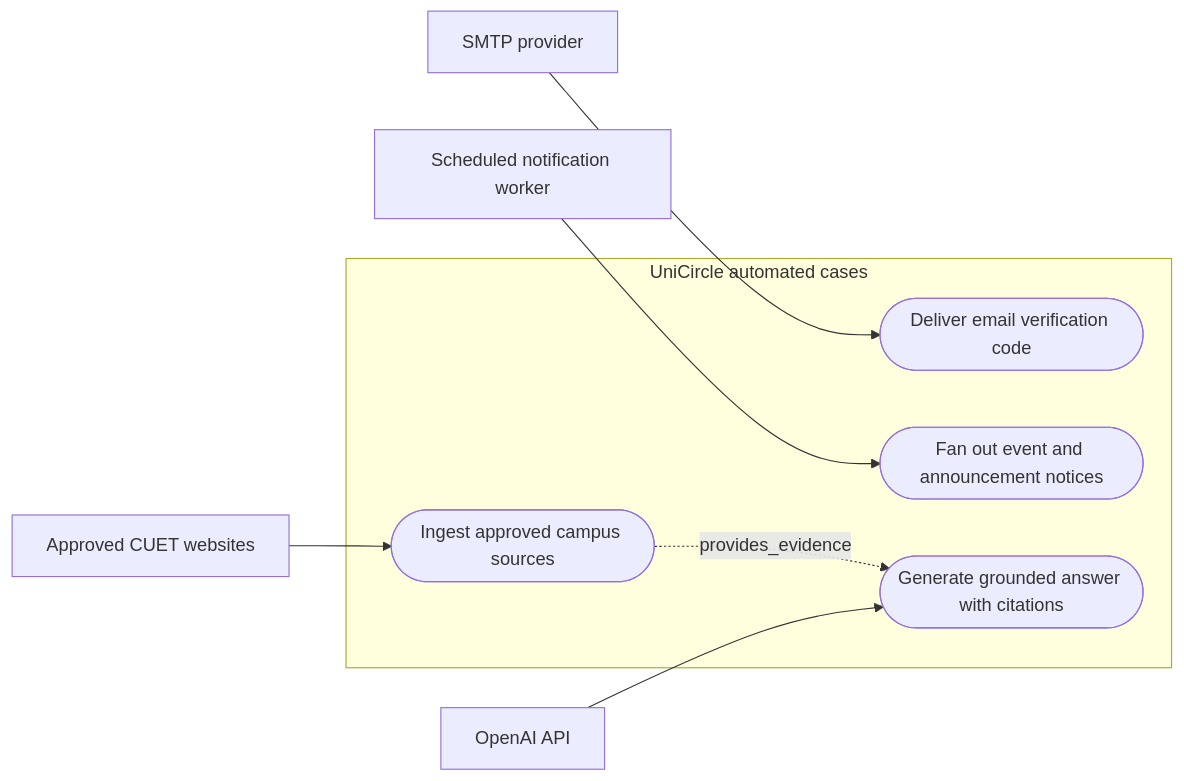
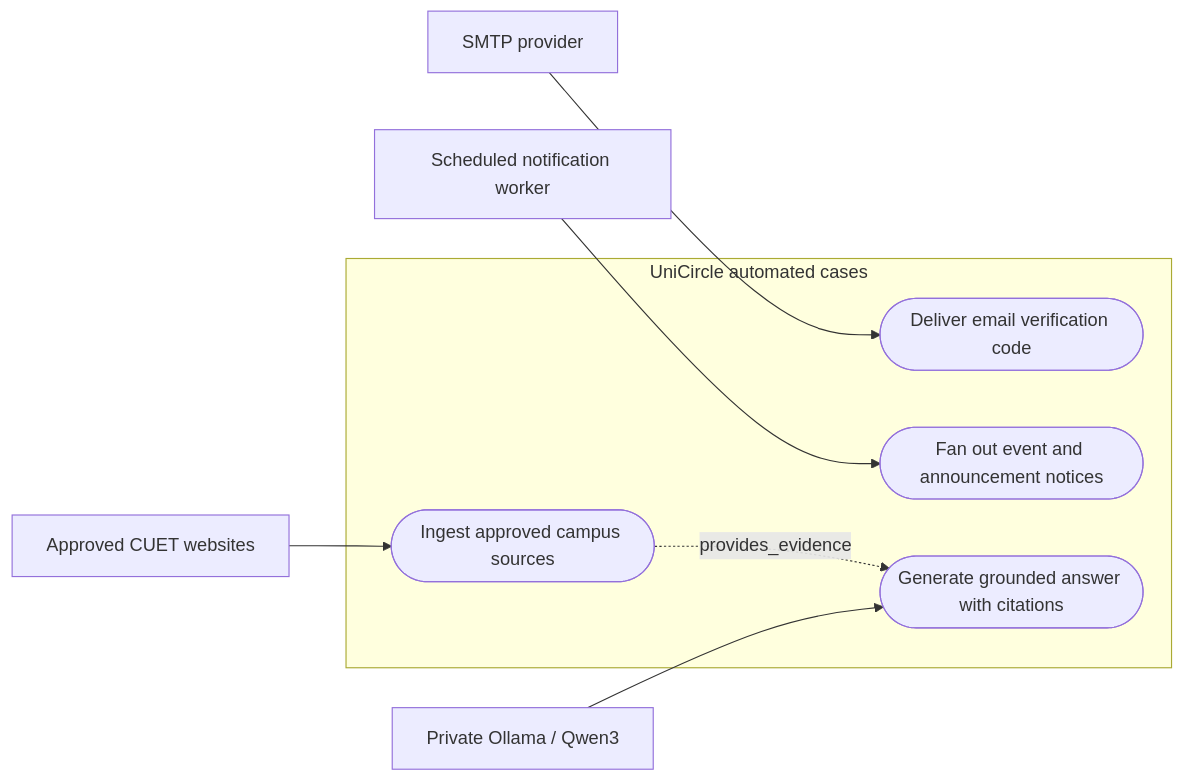
Before and after one commit to anindya357/UniCircle: the third of 3 diagrams in docs/design/Use_Case_Diagram.md, drawn with Mermaid. The commit also changed other lines of this file and 19 other files, not shown here.

````diff
--- a/docs/design/Use_Case_Diagram.md
+++ b/docs/design/Use_Case_Diagram.md
@@ -85,20 +85,20 @@
 ```mermaid
 flowchart LR
     SMTP[SMTP provider]
     Worker[Scheduled notification worker]
     CUET[Approved CUET websites]
-    OpenAI[OpenAI API]
+    Ollama[Private Ollama / Qwen3]
 
     subgraph System[UniCircle automated cases]
         DeliverOtp([Deliver email verification code])
         Notify([Fan out event and announcement notices])
         Ingest([Ingest approved campus sources])
         Answer([Generate grounded answer with citations])
     end
 
     SMTP --> DeliverOtp
     Worker --> Notify
     CUET --> Ingest
-    OpenAI --> Answer
+    Ollama --> Answer
     Ingest -. provides_evidence .-> Answer
 ```
````
